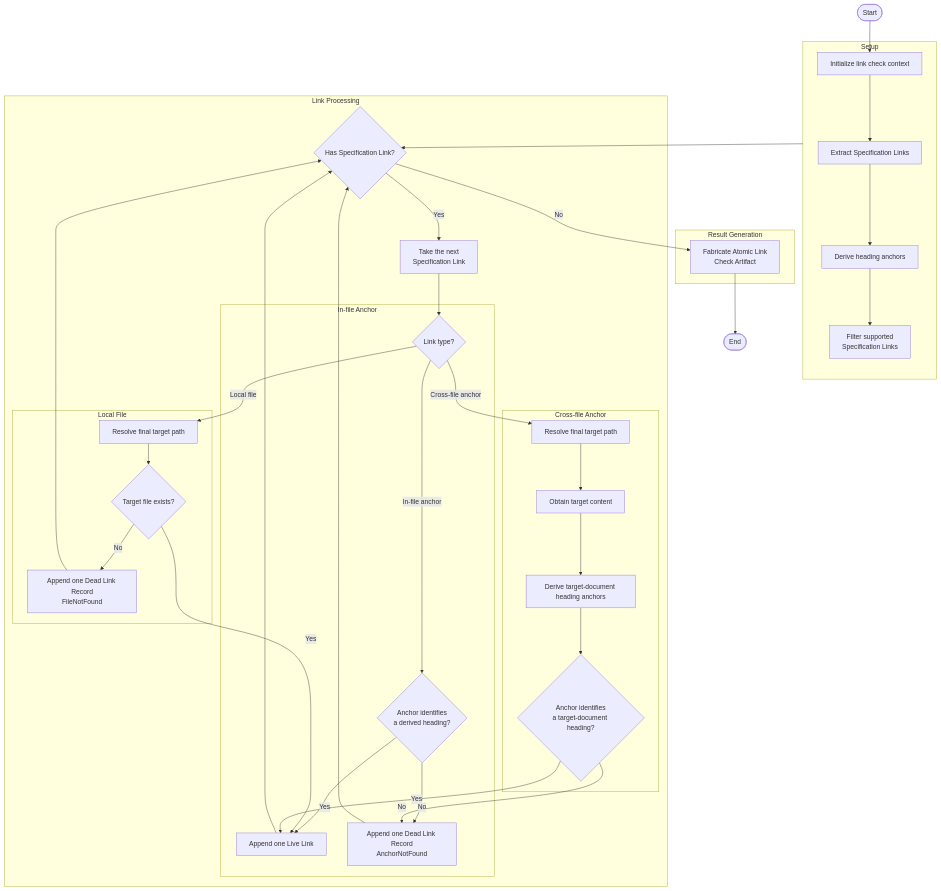
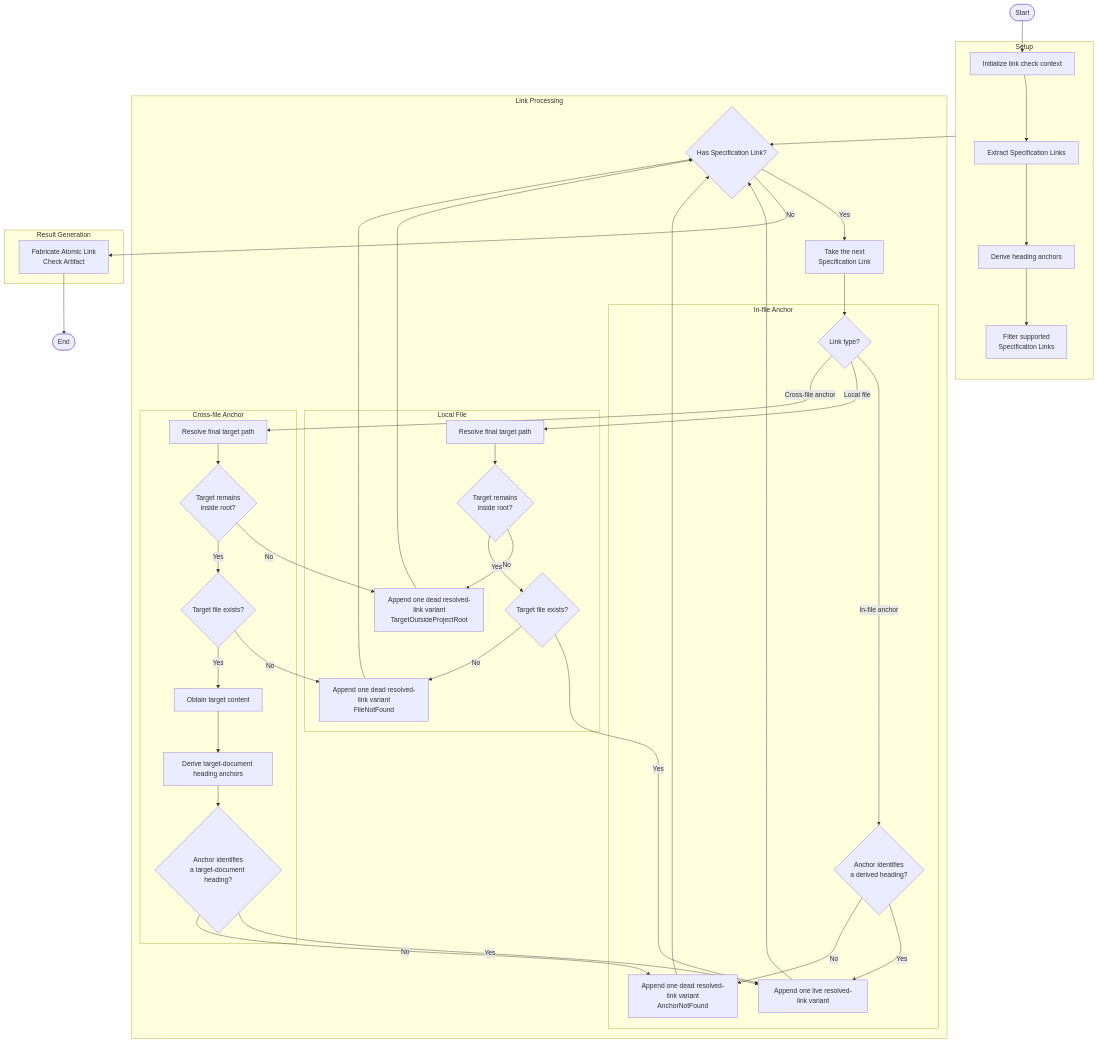
One commit to huang-xiao-jian/bluey changed the diagram in specs/md-linkage/use-case/workflows/single-document-check-workflow.md. Above: the diagram before and after it, drawn with Mermaid. The commit also changed other lines of this file and 10 other files, not shown here.

Commit message:
docs(md-linkage): unify resolved link outcomes

````diff
--- a/specs/md-linkage/use-case/workflows/single-document-check-workflow.md
+++ b/specs/md-linkage/use-case/workflows/single-document-check-workflow.md
@@ -38,48 +37,55 @@
 ```mermaid
 flowchart TD
     Start([Start]) --> Initialize["Initialize link check context"]
 
     subgraph Setup ["Setup"]
         Initialize --> Extract["Extract Specification Links"]
         Extract --> DeriveSourceAnchors["Derive heading anchors"]
         DeriveSourceAnchors --> Filter["Filter supported<br/>Specification Links"]
     end
 
     Setup --> HasLink{"Has Specification Link?"}
 
     subgraph Loop ["Link Processing"]
         HasLink -- Yes --> TakeLink["Take the next<br/>Specification Link"]
         TakeLink --> LinkType{"Link type?"}
 
         subgraph InFile ["In-file Anchor"]
             LinkType -- In-file anchor --> SourceAnchorExists{"Anchor identifies<br/>a derived heading?"}
-            SourceAnchorExists -- Yes --> AppendLive["Append one Live Link"]
-            SourceAnchorExists -- No --> AppendAnchorDead["Append one Dead Link Record<br/>AnchorNotFound"]
+            SourceAnchorExists -- Yes --> AppendLive["Append one live resolved-link variant"]
+            SourceAnchorExists -- No --> AppendAnchorDead["Append one dead resolved-link variant<br/>AnchorNotFound"]
         end
 
         subgraph LocalFile ["Local File"]
             LinkType -- Local file --> ResolveLocal["Resolve final target path"]
-            ResolveLocal --> LocalFileExists{"Target file exists?"}
+            ResolveLocal --> LocalTargetWithinRoot{"Target remains<br/>inside root?"}
+            LocalTargetWithinRoot -- No --> AppendOutsideRootDead["Append one dead resolved-link variant<br/>TargetOutsideProjectRoot"]
+            LocalTargetWithinRoot -- Yes --> LocalFileExists{"Target file exists?"}
             LocalFileExists -- Yes --> AppendLive
-            LocalFileExists -- No --> AppendFileDead["Append one Dead Link Record<br/>FileNotFound"]
+            LocalFileExists -- No --> AppendFileDead["Append one dead resolved-link variant<br/>FileNotFound"]
         end
 
         subgraph CrossFile ["Cross-file Anchor"]
             LinkType -- Cross-file anchor --> ResolveCrossFile["Resolve final target path"]
-            ResolveCrossFile --> ReadTarget["Obtain target content"]
+            ResolveCrossFile --> CrossTargetWithinRoot{"Target remains<br/>inside root?"}
+            CrossTargetWithinRoot -- No --> AppendOutsideRootDead
+            CrossTargetWithinRoot -- Yes --> CrossFileExists{"Target file exists?"}
+            CrossFileExists -- No --> AppendFileDead
+            CrossFileExists -- Yes --> ReadTarget["Obtain target content"]
             ReadTarget --> DeriveTargetAnchors["Derive target-document heading anchors"]
             DeriveTargetAnchors --> TargetAnchorExists{"Anchor identifies<br/>a target-document heading?"}
             TargetAnchorExists -- Yes --> AppendLive
             TargetAnchorExists -- No --> AppendAnchorDead
         end
     end
 
     subgraph Result ["Result Generation"]
         AppendLive --> HasLink
+        AppendOutsideRootDead --> HasLink
         AppendAnchorDead --> HasLink
         AppendFileDead --> HasLink
         HasLink -- No --> Fabricate["Fabricate Atomic Link<br/>Check Artifact"]
     end
 
     Fabricate --> End([End])
 ```
````
